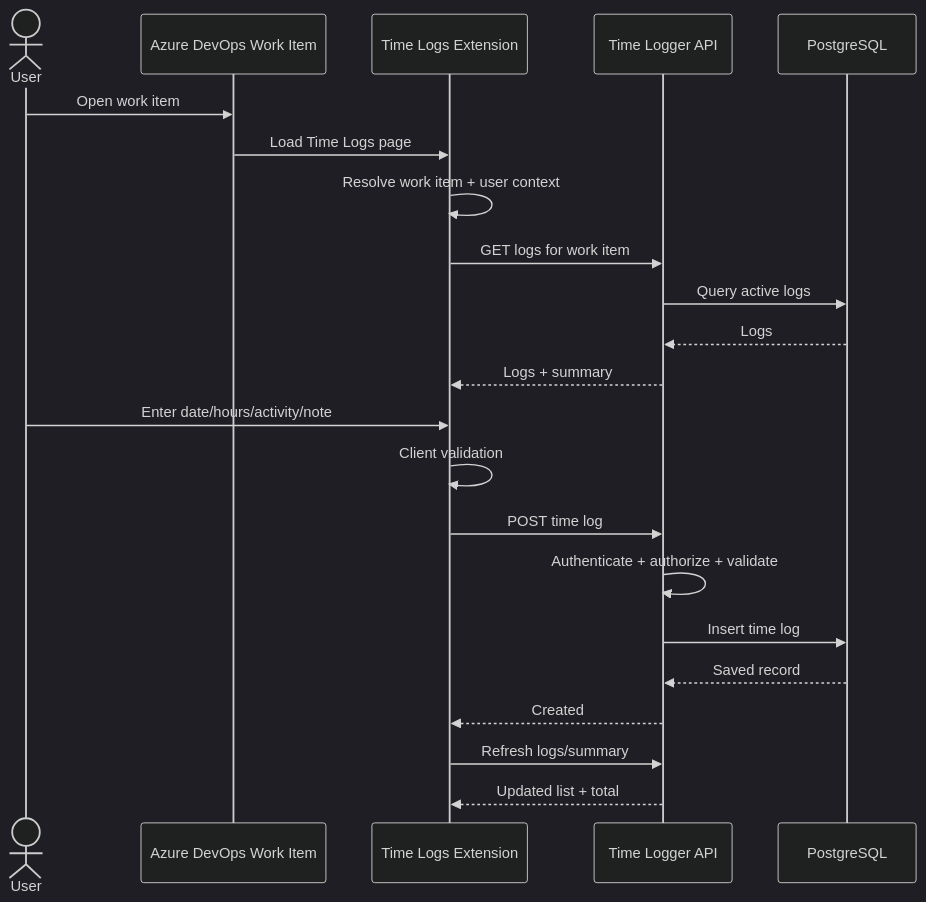
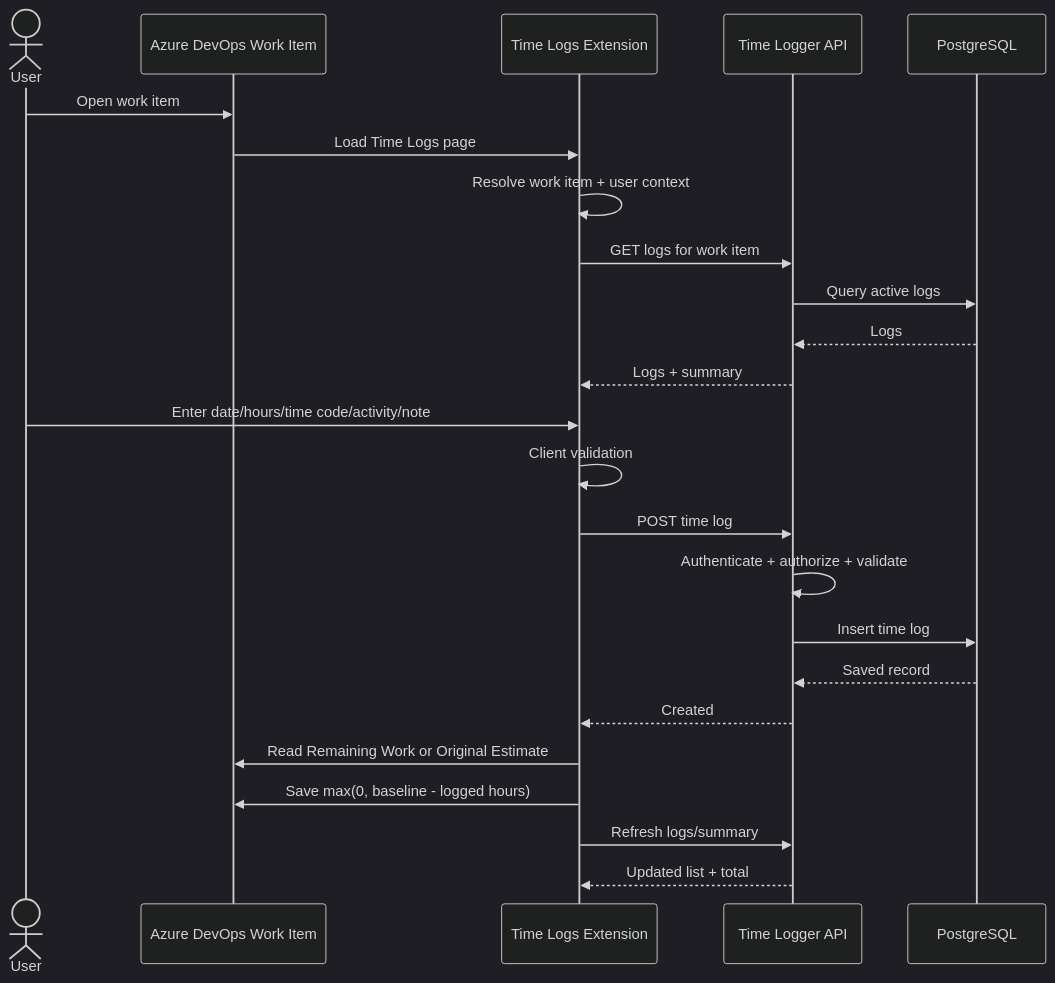
The third of 4 diagrams in docs/ARCHITECTURE.md (Deshanm123/azure-time-logger), drawn with Mermaid (dark theme) before and after one commit. The commit also changed other lines of this file and 13 other files, not shown here.

Commit message:
Update remaining work after time logging

````diff
--- a/docs/ARCHITECTURE.md
+++ b/docs/ARCHITECTURE.md
@@ -182,26 +182,28 @@
 ```mermaid
 sequenceDiagram
     actor User
     participant ADO as Azure DevOps Work Item
     participant Ext as Time Logs Extension
     participant Api as Time Logger API
     participant Db as PostgreSQL
 
     User->>ADO: Open work item
     ADO->>Ext: Load Time Logs page
     Ext->>Ext: Resolve work item + user context
     Ext->>Api: GET logs for work item
     Api->>Db: Query active logs
     Db-->>Api: Logs
     Api-->>Ext: Logs + summary
 
-    User->>Ext: Enter date/hours/activity/note
+    User->>Ext: Enter date/hours/time code/activity/note
     Ext->>Ext: Client validation
     Ext->>Api: POST time log
     Api->>Api: Authenticate + authorize + validate
     Api->>Db: Insert time log
     Db-->>Api: Saved record
     Api-->>Ext: Created
+    Ext->>ADO: Read Remaining Work or Original Estimate
+    Ext->>ADO: Save max(0, baseline - logged hours)
     Ext->>Api: Refresh logs/summary
     Api-->>Ext: Updated list + total
 ```
````
